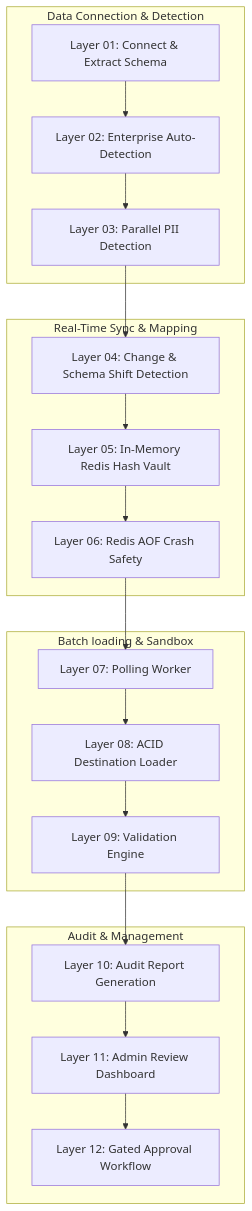
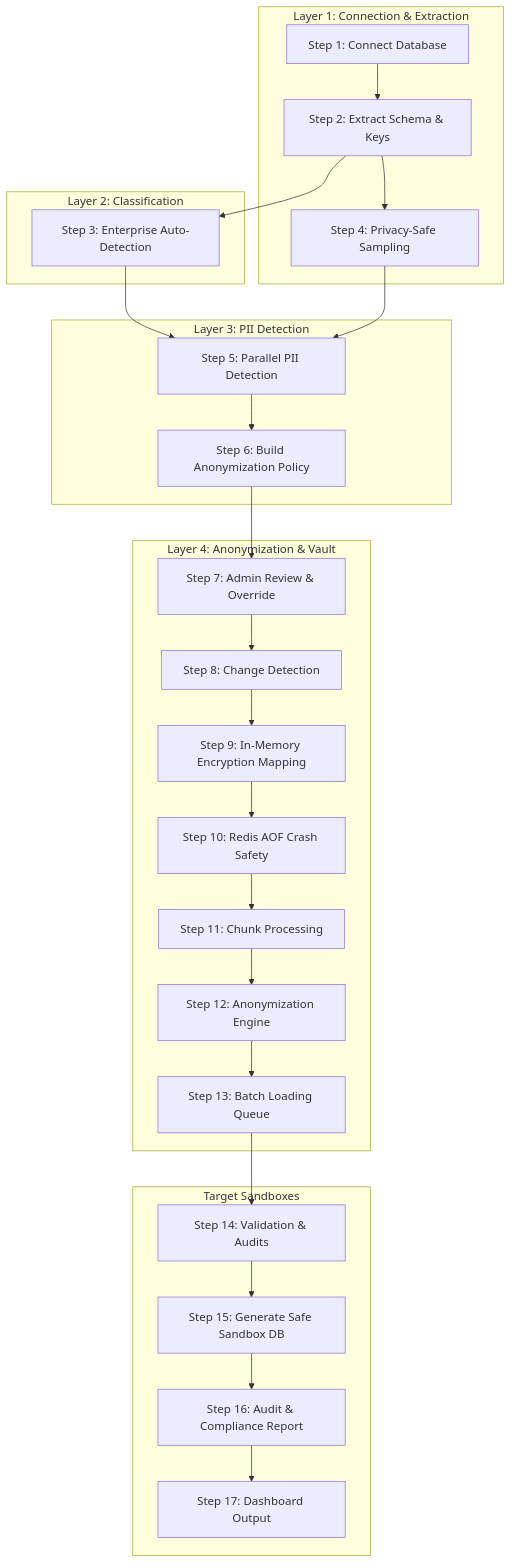
One commit to Hindhuja7/Data-Anonymization changed the diagram in README.md. Above: the diagram before and after it, drawn with Mermaid. The commit also changed other lines of this file and 5 other files, not shown here.

````diff
--- a/README.md
+++ b/README.md
@@ -62,25 +62,33 @@
 ```mermaid
 graph TD
-    subgraph Data Connection & Detection
-        L1[Layer 01: Connect & Extract Schema] --> L2[Layer 02: Enterprise Auto-Detection]
-        L2 --> L3[Layer 03: Parallel PII Detection]
+    subgraph Layer 1: Connection & Extraction
+        S1[Step 1: Connect Database] --> S2[Step 2: Extract Schema & Keys]
+        S2 --> S4[Step 4: Privacy-Safe Sampling]
     end
 
-    subgraph Real-Time Sync & Mapping
-        L3 --> L4[Layer 04: Change & Schema Shift Detection]
-        L4 --> L5[Layer 05: In-Memory Redis Hash Vault]
-        L5 --> L6[Layer 06: Redis AOF Crash Safety]
+    subgraph Layer 2: Classification
+        S2 --> S3[Step 3: Enterprise Auto-Detection]
     end
 
-    subgraph Batch loading & Sandbox
-        L6 --> L7[Layer 07: Polling Worker]
-        L7 --> L8[Layer 08: ACID Destination Loader]
-        L8 --> L9[Layer 09: Validation Engine]
+    subgraph Layer 3: PII Detection
+        S3 & S4 --> S5[Step 5: Parallel PII Detection]
+        S5 --> S6[Step 6: Build Anonymization Policy]
     end
 
-    subgraph Audit & Management
-        L9 --> L10[Layer 10: Audit Report Generation]
-        L10 --> L11[Layer 11: Admin Review Dashboard]
-        L11 --> L12[Layer 12: Gated Approval Workflow]
+    subgraph Layer 4: Anonymization & Vault
+        S6 --> S7[Step 7: Admin Review & Override]
+        S7 --> S8[Step 8: Change Detection]
+        S8 --> S9[Step 9: In-Memory Encryption Mapping]
+        S9 --> S10[Step 10: Redis AOF Crash Safety]
+        S10 --> S11[Step 11: Chunk Processing]
+        S11 --> S12[Step 12: Anonymization Engine]
+        S12 --> S13[Step 13: Batch Loading Queue]
+    end
+
+    subgraph Target Sandboxes
+        S13 --> S14[Step 14: Validation & Audits]
+        S14 --> S15[Step 15: Generate Safe Sandbox DB]
+        S15 --> S16[Step 16: Audit & Compliance Report]
+        S16 --> S17[Step 17: Dashboard Output]
     end
 ```
````
